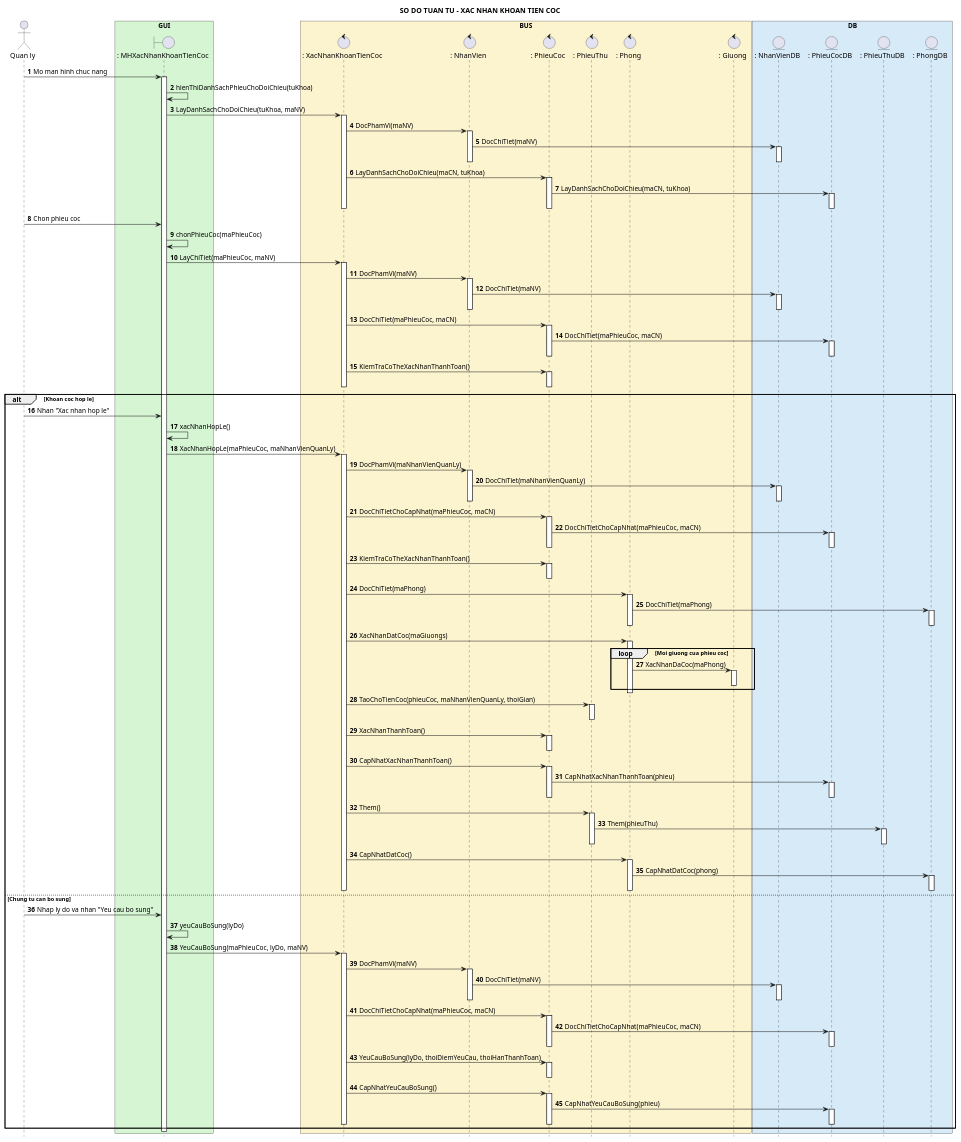
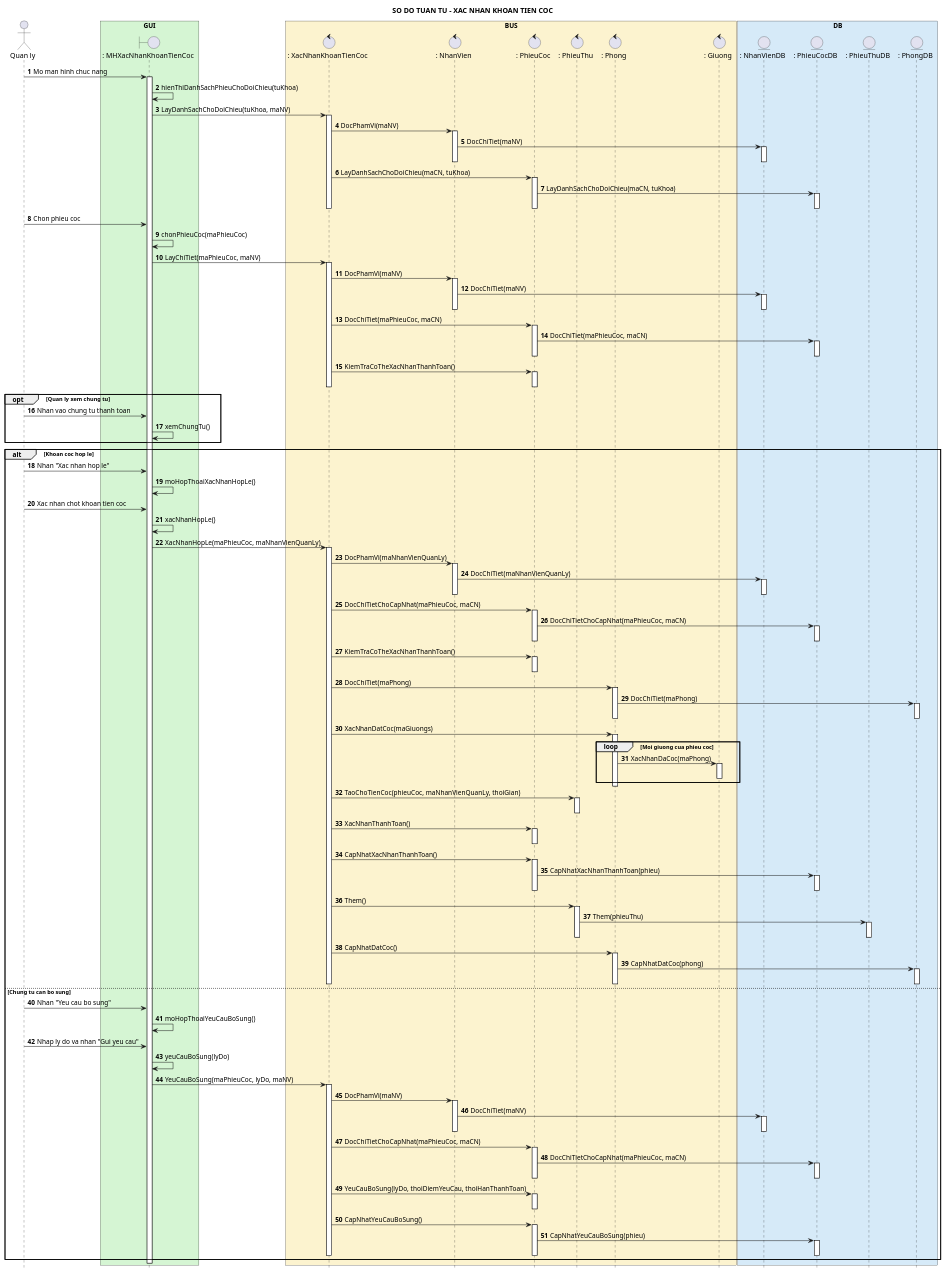
Before and after one commit to Ming1309/HomeStay-Dorm: the diagram in docs/uml/xac-nhan-khoan-tien-coc-sequence.puml, drawn with PlantUML. The commit also changed 31 other files, not shown here.

Commit message:
docs(uml): add deposit control checks and validate sequence parameter arities

```diff
--- a/docs/uml/xac-nhan-khoan-tien-coc-sequence.puml
+++ b/docs/uml/xac-nhan-khoan-tien-coc-sequence.puml
@@ -1,159 +1,168 @@
 @startuml
 title SO DO TUAN TU - XAC NHAN KHOAN TIEN COC
 
 hide footbox
 autonumber 1 1
 skinparam shadowing false
 
 actor "Quan ly" as QL
 
 box "GUI" #D5F5D3
 boundary ": MHXacNhanKhoanTienCoc" as MH
 end box
 
 box "BUS" #FCF3CF
 control ": XacNhanKhoanTienCoc" as XN
 control ": NhanVien" as NV
 control ": PhieuCoc" as PC
 control ": PhieuThu" as PT
 control ": Phong" as P
 control ": Giuong" as G
 end box
 
 box "DB" #D6EAF8
 entity ": NhanVienDB" as NVDB
 entity ": PhieuCocDB" as PCDB
 entity ": PhieuThuDB" as PTDB
 entity ": PhongDB" as PDB
 end box
 
 QL -> MH : Mo man hinh chuc nang
 activate MH
 MH -> MH : hienThiDanhSachPhieuChoDoiChieu(tuKhoa)
 MH -> XN : LayDanhSachChoDoiChieu(tuKhoa, maNV)
 activate XN
 XN -> NV : DocPhamVi(maNV)
 activate NV
 NV -> NVDB : DocChiTiet(maNV)
 activate NVDB
 deactivate NVDB
 deactivate NV
 XN -> PC : LayDanhSachChoDoiChieu(maCN, tuKhoa)
 activate PC
 PC -> PCDB : LayDanhSachChoDoiChieu(maCN, tuKhoa)
 activate PCDB
 
 deactivate PCDB
 deactivate PC
 deactivate XN
 QL -> MH : Chon phieu coc
 MH -> MH : chonPhieuCoc(maPhieuCoc)
 MH -> XN : LayChiTiet(maPhieuCoc, maNV)
 activate XN
 XN -> NV : DocPhamVi(maNV)
 activate NV
 NV -> NVDB : DocChiTiet(maNV)
 activate NVDB
 deactivate NVDB
 deactivate NV
 XN -> PC : DocChiTiet(maPhieuCoc, maCN)
 activate PC
 PC -> PCDB : DocChiTiet(maPhieuCoc, maCN)
 activate PCDB
 deactivate PCDB
 deactivate PC
 XN -> PC : KiemTraCoTheXacNhanThanhToan()
 activate PC
 deactivate PC
 deactivate XN
 
+opt Quan ly xem chung tu
+  QL -> MH : Nhan vao chung tu thanh toan
+  MH -> MH : xemChungTu()
+end
+
 alt Khoan coc hop le
   QL -> MH : Nhan "Xac nhan hop le"
+  MH -> MH : moHopThoaiXacNhanHopLe()
+  QL -> MH : Xac nhan chot khoan tien coc
   MH -> MH : xacNhanHopLe()
   MH -> XN : XacNhanHopLe(maPhieuCoc, maNhanVienQuanLy)
   activate XN
   XN -> NV : DocPhamVi(maNhanVienQuanLy)
   activate NV
   NV -> NVDB : DocChiTiet(maNhanVienQuanLy)
   activate NVDB
   deactivate NVDB
   deactivate NV
   XN -> PC : DocChiTietChoCapNhat(maPhieuCoc, maCN)
   activate PC
   PC -> PCDB : DocChiTietChoCapNhat(maPhieuCoc, maCN)
   activate PCDB
 deactivate PCDB
 deactivate PC
   XN -> PC : KiemTraCoTheXacNhanThanhToan()
   activate PC
 deactivate PC
   XN -> P : DocChiTiet(maPhong)
   activate P
   P -> PDB : DocChiTiet(maPhong)
   activate PDB
 deactivate PDB
 deactivate P
   XN -> P : XacNhanDatCoc(maGiuongs)
   activate P
   loop Moi giuong cua phieu coc
     P -> G : XacNhanDaCoc(maPhong)
     activate G
     deactivate G
   end
 deactivate P
   XN -> PT : TaoChoTienCoc(phieuCoc, maNhanVienQuanLy, thoiGian)
   activate PT
 deactivate PT
   XN -> PC : XacNhanThanhToan()
   activate PC
 deactivate PC
   XN -> PC : CapNhatXacNhanThanhToan()
   activate PC
   PC -> PCDB : CapNhatXacNhanThanhToan(phieu)
   activate PCDB
 deactivate PCDB
 deactivate PC
   XN -> PT : Them()
   activate PT
   PT -> PTDB : Them(phieuThu)
   activate PTDB
 deactivate PTDB
 deactivate PT
   XN -> P : CapNhatDatCoc()
   activate P
   P -> PDB : CapNhatDatCoc(phong)
   activate PDB
 deactivate PDB
 deactivate P
 deactivate XN
 else Chung tu can bo sung
-  QL -> MH : Nhap ly do va nhan "Yeu cau bo sung"
+  QL -> MH : Nhan "Yeu cau bo sung"
+  MH -> MH : moHopThoaiYeuCauBoSung()
+  QL -> MH : Nhap ly do va nhan "Gui yeu cau"
   MH -> MH : yeuCauBoSung(lyDo)
   MH -> XN : YeuCauBoSung(maPhieuCoc, lyDo, maNV)
   activate XN
   XN -> NV : DocPhamVi(maNV)
   activate NV
   NV -> NVDB : DocChiTiet(maNV)
   activate NVDB
   deactivate NVDB
   deactivate NV
   XN -> PC : DocChiTietChoCapNhat(maPhieuCoc, maCN)
   activate PC
   PC -> PCDB : DocChiTietChoCapNhat(maPhieuCoc, maCN)
   activate PCDB
 deactivate PCDB
 deactivate PC
   XN -> PC : YeuCauBoSung(lyDo, thoiDiemYeuCau, thoiHanThanhToan)
   activate PC
 deactivate PC
   XN -> PC : CapNhatYeuCauBoSung()
   activate PC
   PC -> PCDB : CapNhatYeuCauBoSung(phieu)
   activate PCDB
 deactivate PCDB
 deactivate PC
 deactivate XN
 end
 
 deactivate MH
 @enduml
```
